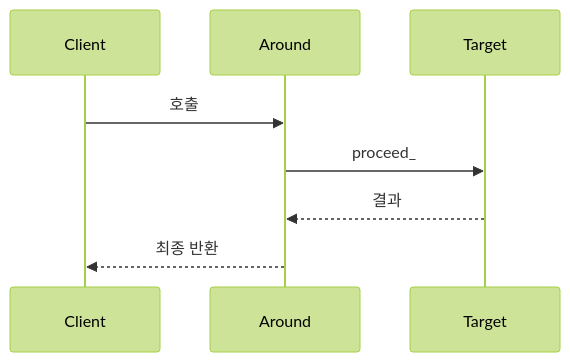
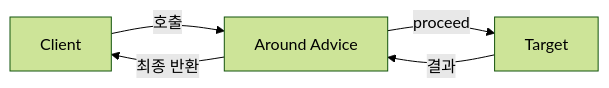
Before and after one commit to yjkim2015/yjkim2015.github.io: the sixth of 11 diagrams in _posts/spring/2026-05-02-spring-core-advanced.md, drawn with Mermaid (forest theme). The commit also changed other lines of this file and 84 other files, not shown here.

First line of the commit message:
85개 포스트 Mermaid 다이어그램 규칙 일괄 수정

````diff
--- a/_posts/spring/2026-05-02-spring-core-advanced.md
+++ b/_posts/spring/2026-05-02-spring-core-advanced.md
@@ -358,10 +349,7 @@
 ```mermaid
-sequenceDiagram
-    participant C as Client
-    participant AR as Around
-    participant T as Target
-    C->>AR: 호출
-    AR->>T: proceed_
-    T-->>AR: 결과
-    AR-->>C: 최종 반환
+graph LR
+    C["Client"] -->|"호출"| AR["Around Advice"]
+    AR -->|"proceed"| T["Target"]
+    T -->|"결과"| AR
+    AR -->|"최종 반환"| C
 ```
````
